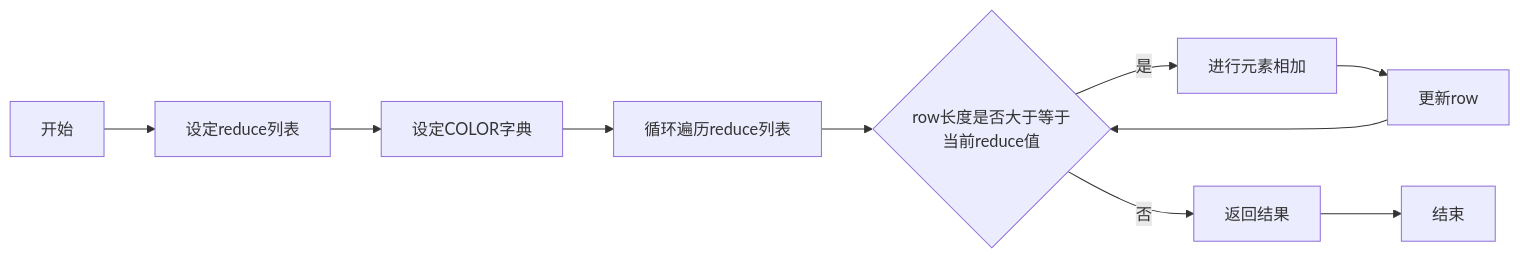
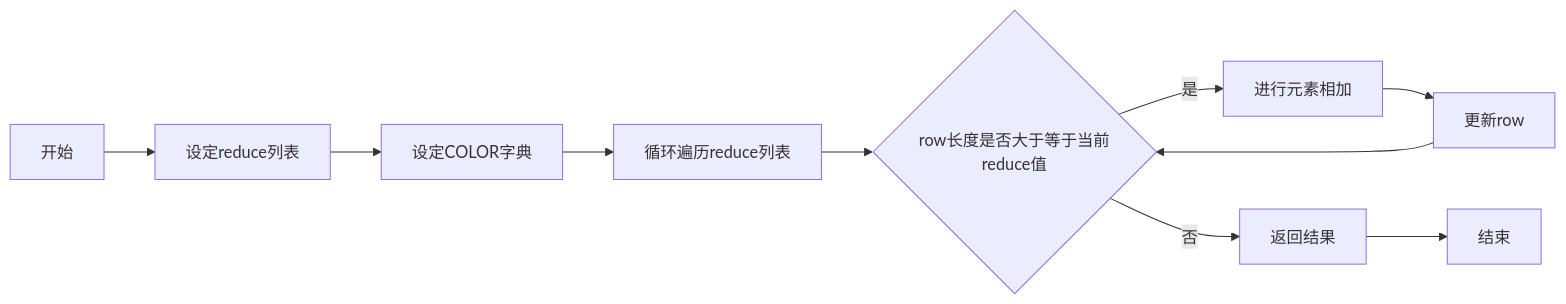
The sixth of 6 diagrams in Experiments/experiment5.md (shixiaoxiya/py_course_zly_), drawn with Mermaid before and after one commit. The commit also changed other lines of this file and 1 other file, not shown here.

````diff
--- a/Experiments/experiment5.md
+++ b/Experiments/experiment5.md
@@ -423,13 +420,12 @@
 ```mermaid
 graph LR
 A[开始]-->B[设定reduce列表]
 B-->C[设定COLOR字典]
 C-->D[循环遍历reduce列表]
-D-->F{row长度是否大于等于
-    当前reduce值}
+D-->F{row长度是否大于等于当前reduce值}
 F-->|是|G[进行元素相加]
 G-->H[更新row]
 H-->F
 F-->|否|I[返回结果]
 I-->J[结束]
 ```
````
